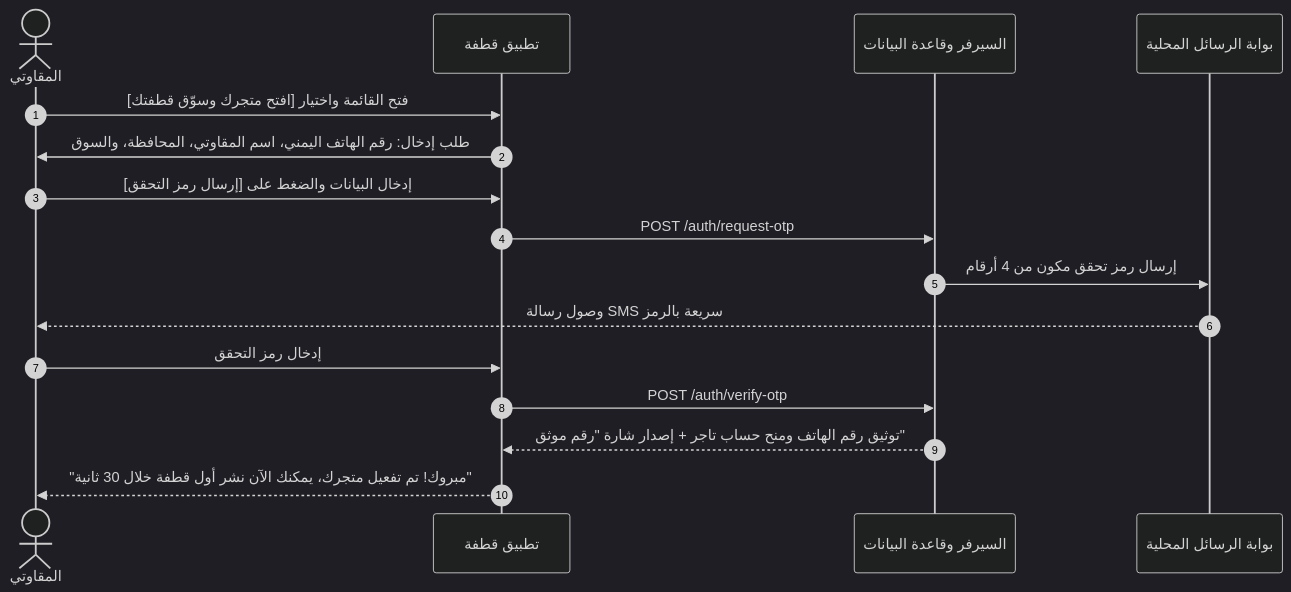
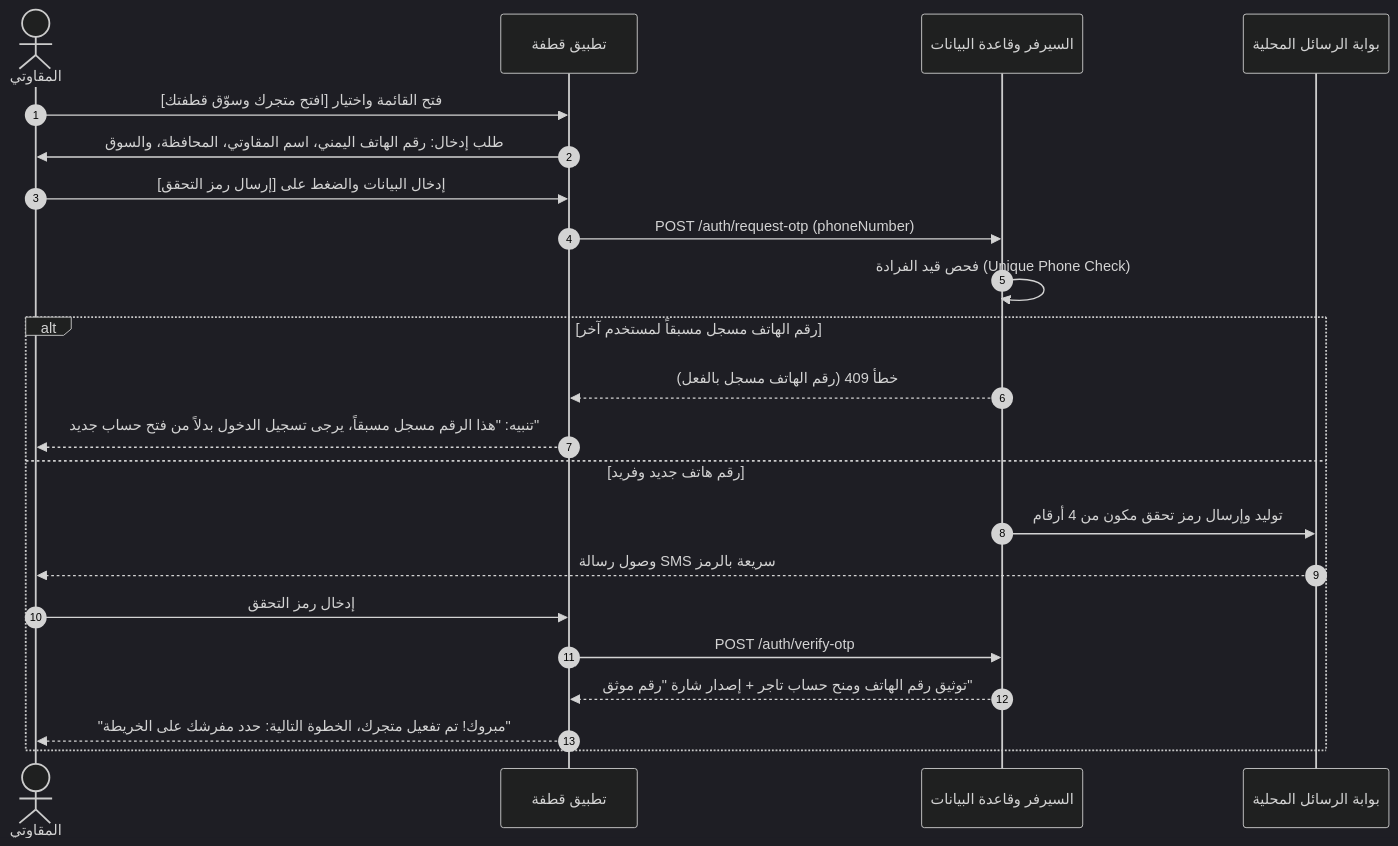
The ninth of 17 diagrams in docs/22-user-flows-detailed.md (Emad20112/qatfa), drawn with Mermaid (dark theme) before and after one commit. The commit also changed other lines of this file and 2 other files, not shown here.

Commit message:
docs(ux): update user flows, screen specs, presets setup, and dual availability toggles

````diff
--- a/docs/22-user-flows-detailed.md
+++ b/docs/22-user-flows-detailed.md
@@ -243,19 +261,26 @@
 ```mermaid
 sequenceDiagram
     autonumber
     actor Seller as المقاوتي
     participant App as تطبيق قطفة
     participant Backend as السيرفر وقاعدة البيانات
     participant SMS as بوابة الرسائل المحلية
 
     Seller->>App: فتح القائمة واختيار [افتح متجرك وسوّق قطفتك]
     App->>Seller: طلب إدخال: رقم الهاتف اليمني، اسم المقاوتي، المحافظة، والسوق
     Seller->>App: إدخال البيانات والضغط على [إرسال رمز التحقق]
-    App->>Backend: POST /auth/request-otp
-    Backend->>SMS: إرسال رمز تحقق مكون من 4 أرقام
-    SMS-->>Seller: وصول رسالة SMS سريعة بالرمز
-    Seller->>App: إدخال رمز التحقق
-    App->>Backend: POST /auth/verify-otp
-    Backend-->>App: توثيق رقم الهاتف ومنح حساب تاجر + إصدار شارة "رقم موثق"
-    App-->>Seller: "مبروك! تم تفعيل متجرك، يمكنك الآن نشر أول قطفة خلال 30 ثانية"
+    
+    App->>Backend: POST /auth/request-otp (phoneNumber)
+    Backend->>Backend: فحص قيد الفرادة (Unique Phone Check)
+    alt رقم الهاتف مسجل مسبقاً لمستخدم آخر
+        Backend-->>App: خطأ 409 (رقم الهاتف مسجل بالفعل)
+        App-->>Seller: تنبيه: "هذا الرقم مسجل مسبقاً، يرجى تسجيل الدخول بدلاً من فتح حساب جديد"
+    else رقم هاتف جديد وفريد
+        Backend->>SMS: توليد وإرسال رمز تحقق مكون من 4 أرقام
+        SMS-->>Seller: وصول رسالة SMS سريعة بالرمز
+        Seller->>App: إدخال رمز التحقق
+        App->>Backend: POST /auth/verify-otp
+        Backend-->>App: توثيق رقم الهاتف ومنح حساب تاجر + إصدار شارة "رقم موثق"
+        App-->>Seller: "مبروك! تم تفعيل متجرك، الخطوة التالية: حدد مفرشك على الخريطة"
+    end
 ```
````
